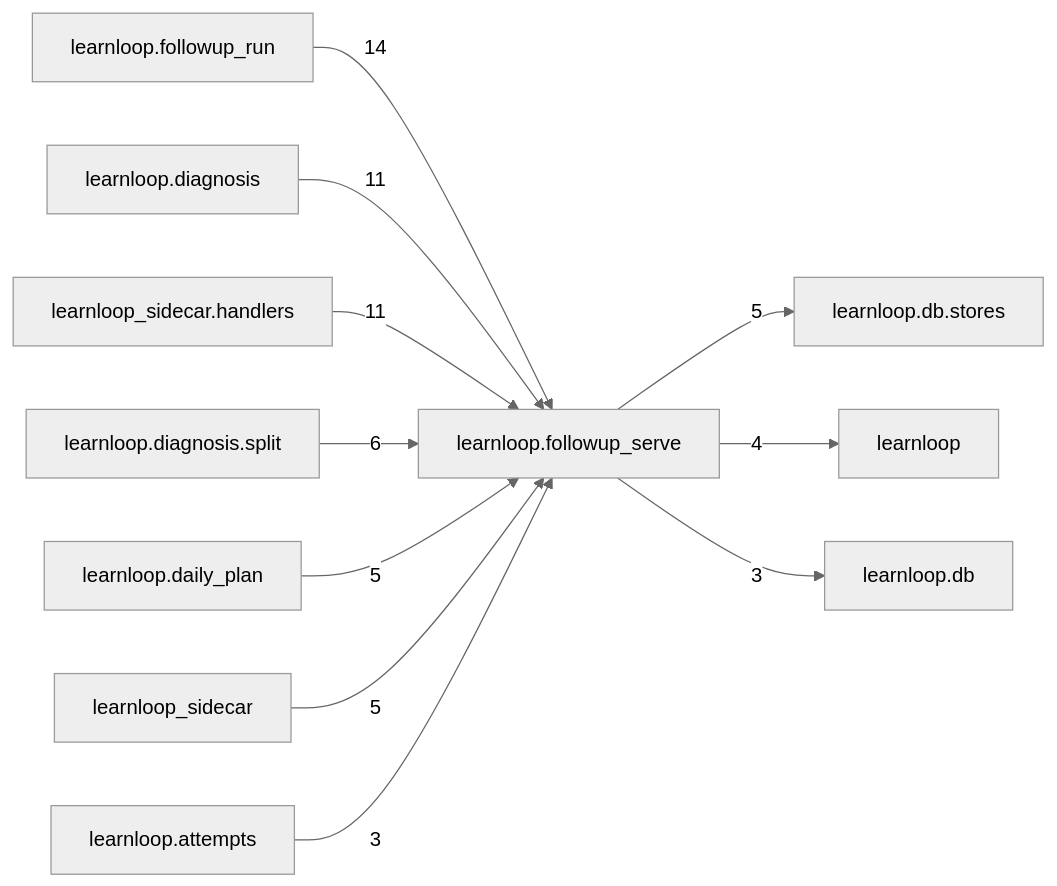
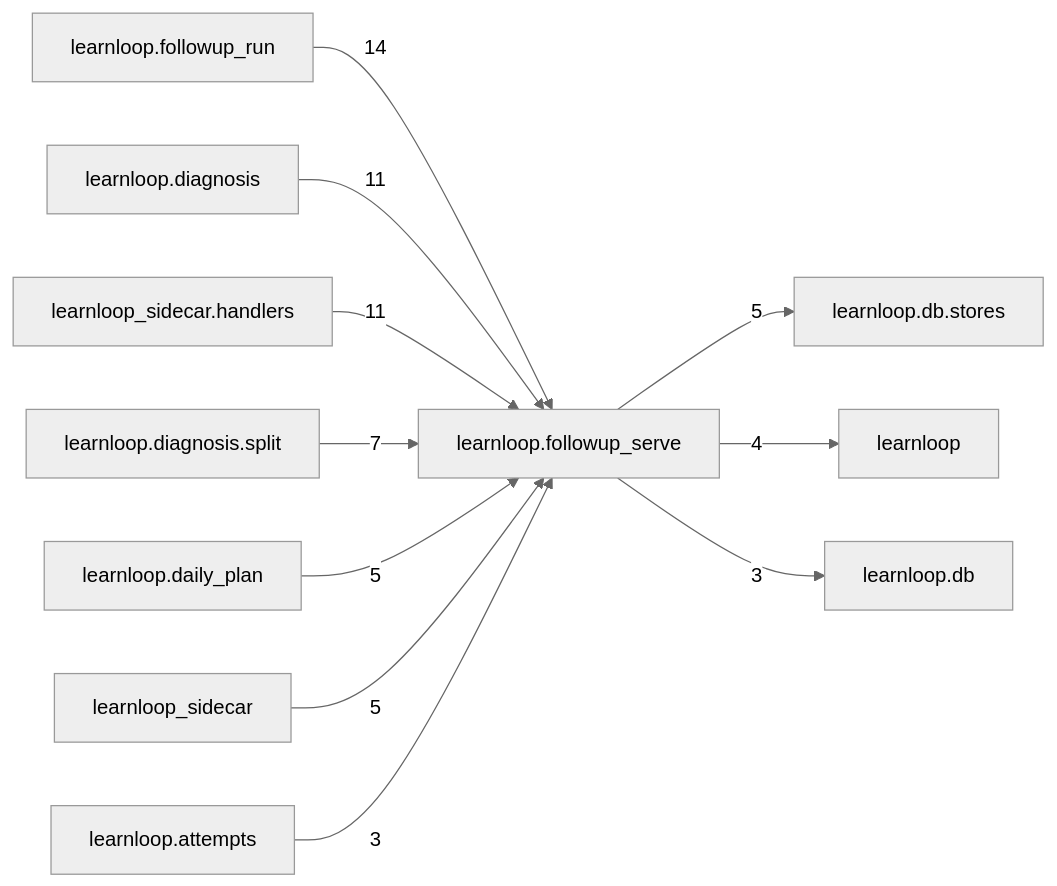
One commit to 6up-b/learnanything changed the diagram in docs/learnloop-architecture-vault/Reference/Modules/learnloop/followup_serve/_package.md. Above: the diagram before and after it, drawn with Mermaid (neutral theme). The commit also changed other lines of this file and 45 other files, not shown here.

````diff
--- a/docs/learnloop-architecture-vault/Reference/Modules/learnloop/followup_serve/_package.md
+++ b/docs/learnloop-architecture-vault/Reference/Modules/learnloop/followup_serve/_package.md
@@ -86,24 +86,24 @@
 ```mermaid
 flowchart LR
     center["learnloop.followup_serve"]
     n_learnloop_followup_run["learnloop.followup_run"]
     n_learnloop_diagnosis["learnloop.diagnosis"]
     n_learnloop_sidecar_handlers["learnloop_sidecar.handlers"]
     n_learnloop_diagnosis_split["learnloop.diagnosis.split"]
     n_learnloop_daily_plan["learnloop.daily_plan"]
     n_learnloop_db_stores["learnloop.db.stores"]
     n_learnloop_sidecar["learnloop_sidecar"]
     n_learnloop["learnloop"]
     n_learnloop_attempts["learnloop.attempts"]
     n_learnloop_db["learnloop.db"]
     n_learnloop_followup_run -->|14| center
     n_learnloop_diagnosis -->|11| center
     n_learnloop_sidecar_handlers -->|11| center
-    n_learnloop_diagnosis_split -->|6| center
+    n_learnloop_diagnosis_split -->|7| center
     n_learnloop_daily_plan -->|5| center
     center -->|5| n_learnloop_db_stores
     n_learnloop_sidecar -->|5| center
     center -->|4| n_learnloop
     n_learnloop_attempts -->|3| center
     center -->|3| n_learnloop_db
 ```
````
